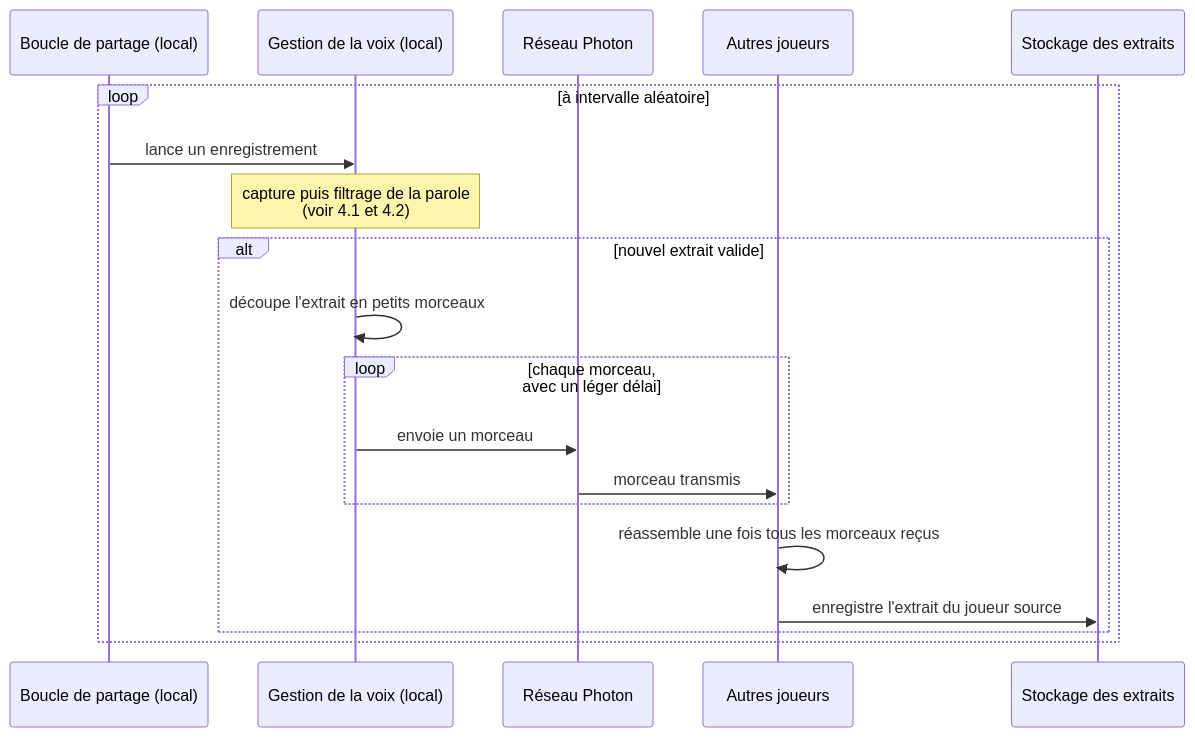
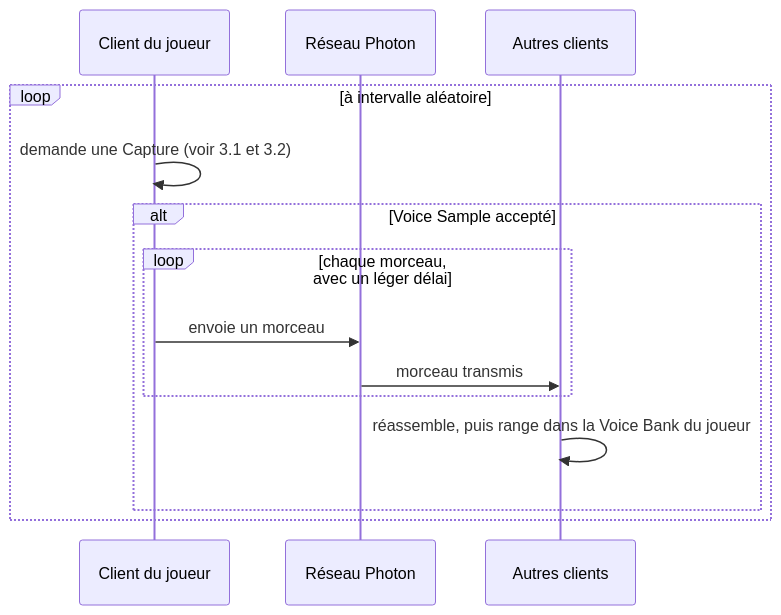
The fourth of 6 diagrams in docs/voice-mimic-pipeline.md (ahumadab/VepMod), drawn with Mermaid before and after one commit. The commit also changed other lines of this file and 6 other files, not shown here.

````diff
--- a/docs/voice-mimic-pipeline.md
+++ b/docs/voice-mimic-pipeline.md
@@ -156,22 +92,17 @@
 ```mermaid
 sequenceDiagram
-    participant Share as Boucle de partage (local)
-    participant Mimics as Gestion de la voix (local)
+    participant Local as Client du joueur
     participant Net as Réseau Photon
-    participant Remote as Autres joueurs
-    participant Wav as Stockage des extraits
+    participant Remote as Autres clients
 
     loop à intervalle aléatoire
-        Share->>Mimics: lance un enregistrement
-        Note over Mimics: capture puis filtrage de la parole<br/>(voir 4.1 et 4.2)
-        alt nouvel extrait valide
-            Mimics->>Mimics: découpe l'extrait en petits morceaux
+        Local->>Local: demande une Capture (voir 3.1 et 3.2)
+        alt Voice Sample accepté
             loop chaque morceau, avec un léger délai
-                Mimics->>Net: envoie un morceau
+                Local->>Net: envoie un morceau
                 Net->>Remote: morceau transmis
             end
-            Remote->>Remote: réassemble une fois tous les morceaux reçus
-            Remote->>Wav: enregistre l'extrait du joueur source
+            Remote->>Remote: réassemble, puis range dans la Voice Bank du joueur
         end
     end
 ```
````
